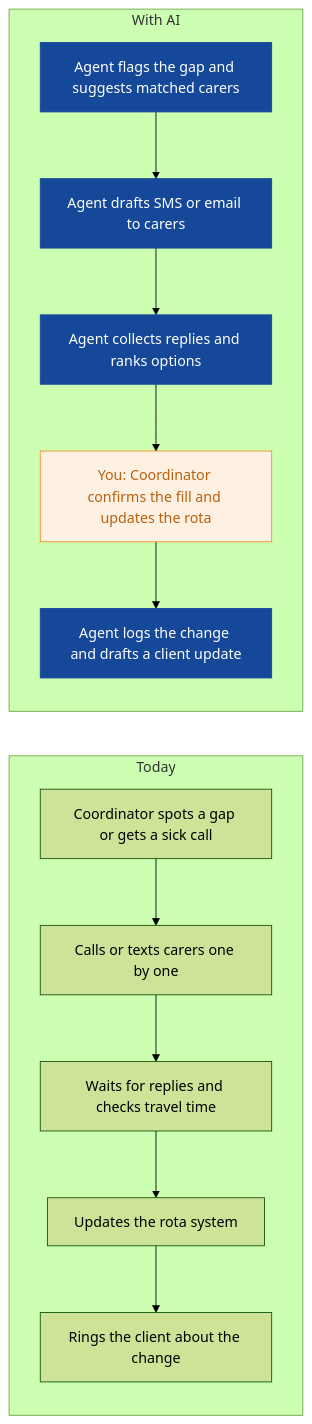
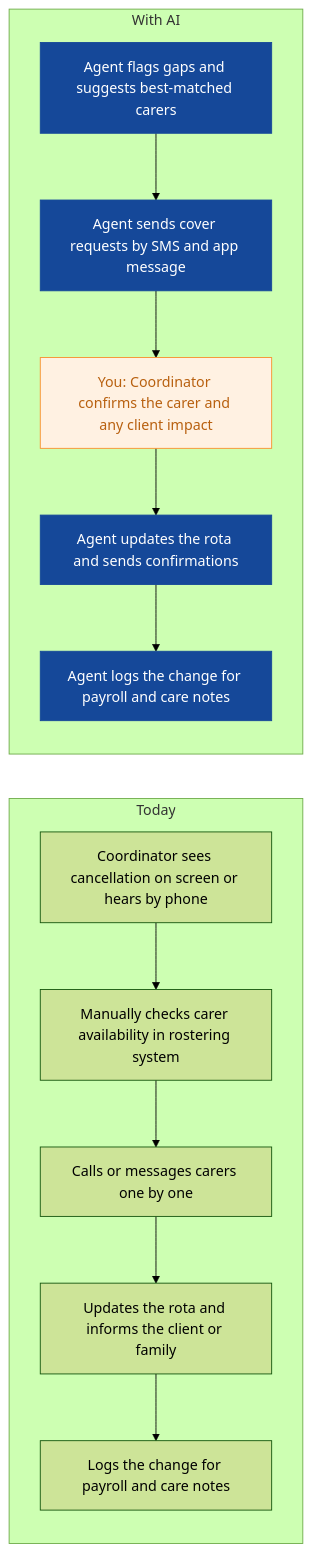
Before and after one commit to nexibeo/Complete-AI-Strategy: the first of 8 diagrams in strategies/evergreen-home-care.md, drawn with Mermaid (forest theme). The commit also changed other lines of this file and 26 other files, not shown here.

````diff
--- a/strategies/evergreen-home-care.md
+++ b/strategies/evergreen-home-care.md
@@ -50,23 +53,23 @@
 ```mermaid
 flowchart LR
   subgraph Today
-    B0["Coordinator spots a gap or gets a sick call"]
-    B1["Calls or texts carers one by one"]
-    B2["Waits for replies and checks travel time"]
-    B3["Updates the rota system"]
-    B4["Rings the client about the change"]
+    B0["Coordinator sees cancellation on screen or hears by phone"]
+    B1["Manually checks carer availability in rostering system"]
+    B2["Calls or messages carers one by one"]
+    B3["Updates the rota and informs the client or family"]
+    B4["Logs the change for payroll and care notes"]
     B0 --> B1 --> B2 --> B3 --> B4
   end
   subgraph WithAI[With AI]
-    A0["Agent flags the gap and suggests matched carers"]
-    A1["Agent drafts SMS or email to carers"]
-    A2["Agent collects replies and ranks options"]
-    A3["You: Coordinator confirms the fill and updates the rota"]
-    A4["Agent logs the change and drafts a client update"]
+    A0["Agent flags gaps and suggests best-matched carers"]
+    A1["Agent sends cover requests by SMS and app message"]
+    A2["You: Coordinator confirms the carer and any client impact"]
+    A3["Agent updates the rota and sends confirmations"]
+    A4["Agent logs the change for payroll and care notes"]
     A0 --> A1 --> A2 --> A3 --> A4
   end
   classDef ai fill:#154899,color:#fff,stroke:#154899
   classDef human fill:#FFF1E2,color:#B8600F,stroke:#F98F2C
-  class A0,A1,A2,A4 ai
-  class A3 human
+  class A0,A1,A3,A4 ai
+  class A2 human
 ```
````
